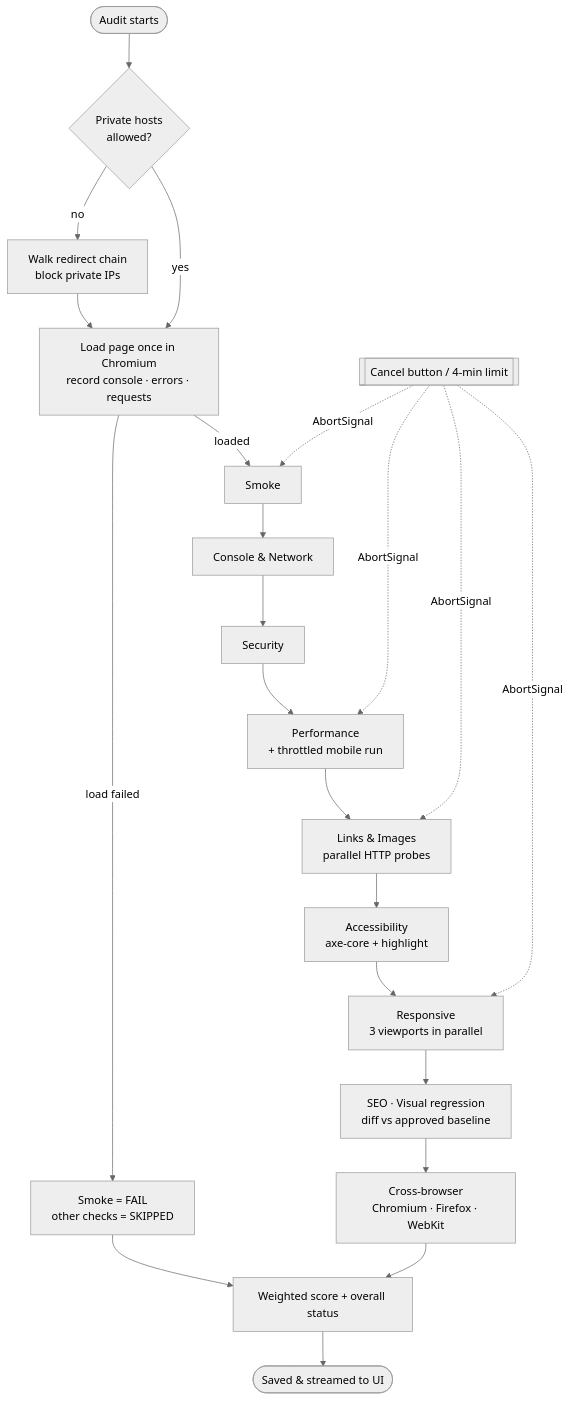
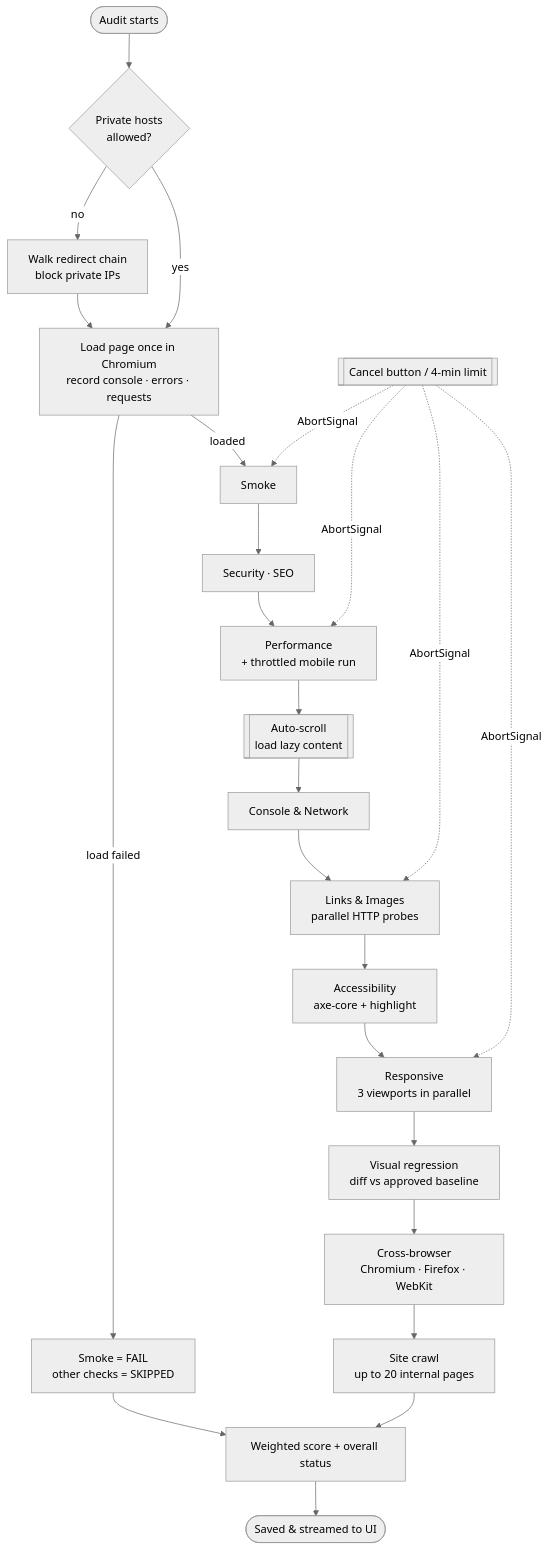
One commit to Pubudugunawardhana/PulseQA-Automated-Web-Auditing changed the third of 4 diagrams in README.md. Above: the diagram before and after it, drawn with Mermaid (neutral theme). The commit also changed other lines of this file and 4 other files, not shown here.

Commit message:
feat(audit): add CRAWL_MAX_PAGES configuration and enhance site crawl checks with detailed reporting

````diff
--- a/README.md
+++ b/README.md
@@ -134,16 +135,17 @@
 ```mermaid
 flowchart TD
     S([Audit starts]) --> G{Private hosts<br/>allowed?}
     G -- no --> R[Walk redirect chain<br/>block private IPs]
     G -- yes --> L
     R --> L[Load page once in Chromium<br/>record console · errors · requests]
     L -->|load failed| X[Smoke = FAIL<br/>other checks = SKIPPED]
-    L -->|loaded| C1[Smoke] --> C2[Console & Network] --> C3[Security] --> C4[Performance<br/>+ throttled mobile run]
-    C4 --> C5[Links & Images<br/>parallel HTTP probes] --> C6[Accessibility<br/>axe-core + highlight] --> C7[Responsive<br/>3 viewports in parallel]
-    C7 --> C8[SEO · Visual regression<br/>diff vs approved baseline] --> C9[Cross-browser<br/>Chromium · Firefox · WebKit]
-    C9 --> SC[Weighted score + overall status]
+    L -->|loaded| C1[Smoke] --> C3[Security · SEO] --> C4[Performance<br/>+ throttled mobile run]
+    C4 --> AS[[Auto-scroll<br/>load lazy content]] --> C2[Console & Network]
+    C2 --> C5[Links & Images<br/>parallel HTTP probes] --> C6[Accessibility<br/>axe-core + highlight] --> C7[Responsive<br/>3 viewports in parallel]
+    C7 --> C8[Visual regression<br/>diff vs approved baseline] --> C9[Cross-browser<br/>Chromium · Firefox · WebKit]
+    C9 --> CR[Site crawl<br/>up to 20 internal pages] --> SC[Weighted score + overall status]
     X --> SC
     SC --> DONE([Saved & streamed to UI])
 
     CAN[[Cancel button / 4-min limit]] -.->|AbortSignal| C1 & C4 & C5 & C7
 ```
````
